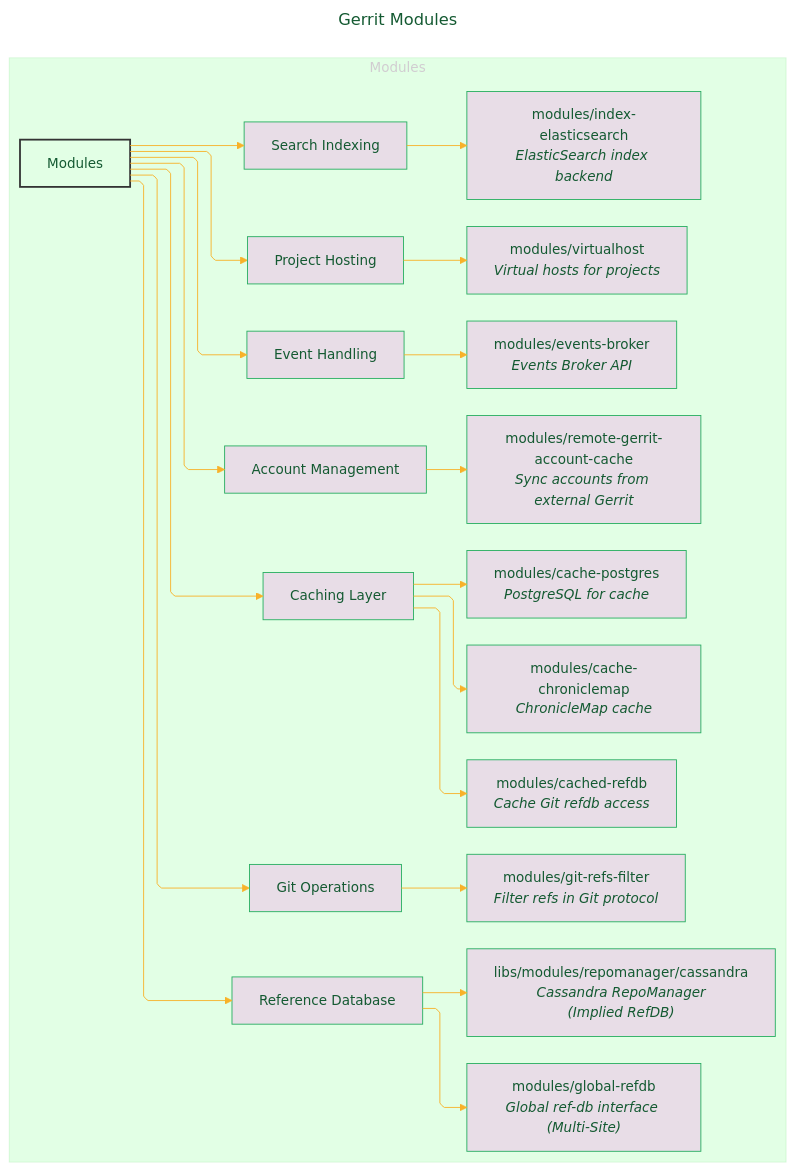
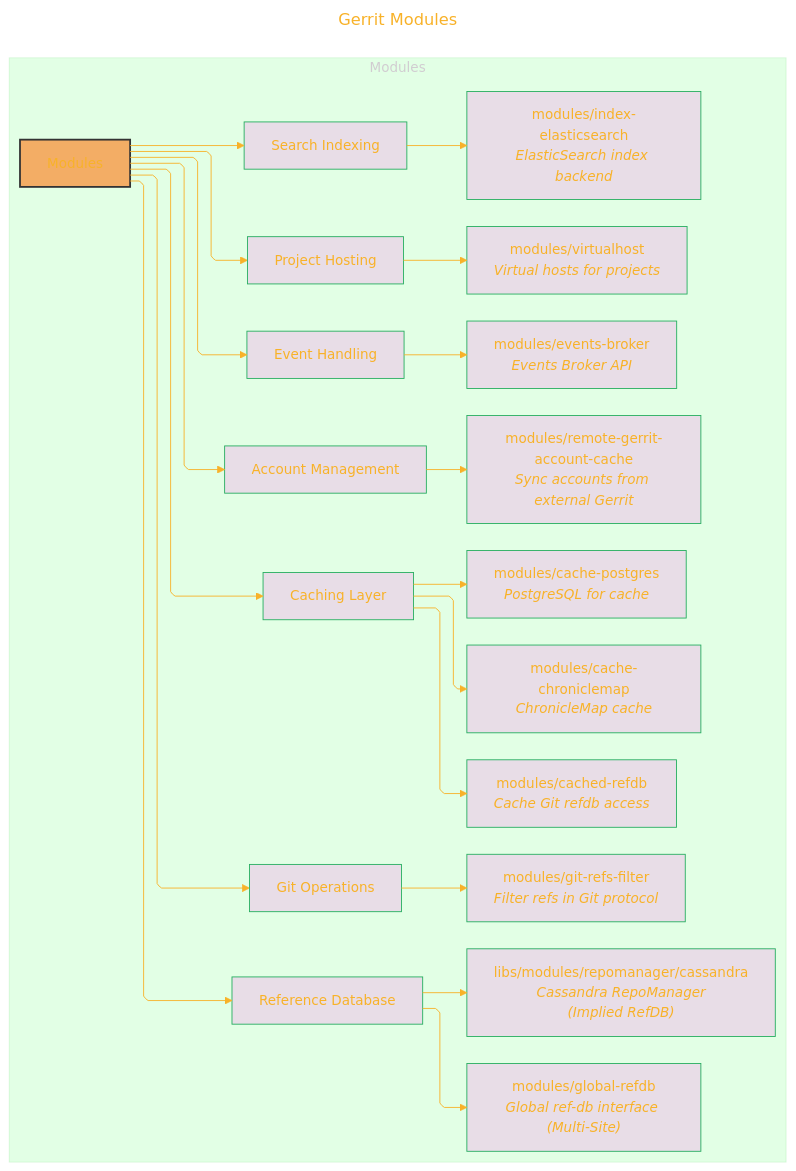
One commit to CongLeSolutionX/Chromium_Project changed the third of 12 diagrams in Gerrit_Ecosystem_on_gerrit_googlesource.md. Above: the diagram before and after it, drawn with Mermaid. The commit also changed other lines of this file, not shown here.

````diff
--- a/Gerrit_Ecosystem_on_gerrit_googlesource.md
+++ b/Gerrit_Ecosystem_on_gerrit_googlesource.md
@@ -221,74 +221,74 @@
 ```mermaid
 ---
 title: "Gerrit Modules"
 author: "Cong Le"
 version: "1.0"
 license(s): "MIT, CC BY 4.0"
 copyright: "Copyright (c) 2025 Cong Le. All Rights Reserved."
 config:
   layout: elk
   theme: base
 ---
 %%%%%%%% Mermaid version v11.4.1-b.14
 %%%%%%%% Available curve styles include the following keywords:
 %% basis, bumpX, bumpY, cardinal, catmullRom, linear, monotoneX, monotoneY, natural, step, stepAfter, stepBefore.
 %%{
   init: {
     'securityLevel': 'loose',
     'flowchart': { 'htmlLabels': true, 'curve': 'linear' },
     'fontFamily': 'Monaco',
     'themeVariables': {
       'primaryColor': '#F5E3',
-      'primaryTextColor': '#145A32',
+      'primaryTextColor': '#F8B229',
       'lineColor': '#F8B229',
       'primaryBorderColor': '#27AE60',
       'secondaryColor': '#EBDEF0',
       'secondaryTextColor': '#6C3483',
       'secondaryBorderColor': '#A569BD',
       'fontSize': '15px'
     }
   }
 }%%
 flowchart TD
     subgraph Modules
     direction LR
         M_Root["Modules"]
+        style M_Root fill:#F719,stroke:#333,stroke-width:2px
 
         Cache["Caching Layer"] --> M_Chronicle["modules/cache-chroniclemap<br/><i>ChronicleMap cache</i>"]
          click M_Chronicle href "https://gerrit.googlesource.com/modules/cache-chroniclemap" "modules/cache-chroniclemap"
         Cache --> M_CachedRefDB["modules/cached-refdb<br/><i>Cache Git refdb access</i>"]
          click M_CachedRefDB href "https://gerrit.googlesource.com/modules/cached-refdb" "modules/cached-refdb"
         Cache --> M_PostgresCache["modules/cache-postgres<br/><i>PostgreSQL for cache</i>"]
          click M_PostgresCache href "https://gerrit.googlesource.com/modules/cache-postgres" "modules/cache-postgres"
 
         Events["Event Handling"] --> M_EventsBroker["modules/events-broker<br/><i>Events Broker API</i>"]
          click M_EventsBroker href "https://gerrit.googlesource.com/modules/events-broker" "modules/events-broker"
 
         Git["Git Operations"] --> M_GitRefsFilter["modules/git-refs-filter<br/><i>Filter refs in Git protocol</i>"]
          click M_GitRefsFilter href "https://gerrit.googlesource.com/modules/git-refs-filter" "modules/git-refs-filter"
 
         RefDB["Reference Database"] --> M_GlobalRefDB["modules/global-refdb<br/><i>Global ref-db interface (Multi-Site)</i>"]
          click M_GlobalRefDB href "https://gerrit.googlesource.com/modules/global-refdb" "modules/global-refdb"
         RefDB --> M_CassandraRepo["libs/modules/repomanager/cassandra<br/><i>Cassandra RepoManager<br/>(Implied RefDB)</i>"]
          click M_CassandraRepo href "https://gerrit.googlesource.com/libs/modules/repomanager/cassandra" "libs/modules/repomanager/cassandra"
 
         Indexing["Search Indexing"] --> M_ElasticIndex["modules/index-elasticsearch<br/><i>ElasticSearch index backend</i>"]
          click M_ElasticIndex href "https://gerrit.googlesource.com/modules/index-elasticsearch" "modules/index-elasticsearch"
 
         Accounts["Account Management"] --> M_RemoteAccCache["modules/remote-gerrit-account-cache<br/><i>Sync accounts from external Gerrit</i>"]
          click M_RemoteAccCache href "https://gerrit.googlesource.com/modules/remote-gerrit-account-cache" "modules/remote-gerrit-account-cache"
 
         Hosting["Project Hosting"] --> M_VirtualHost["modules/virtualhost<br/><i>Virtual hosts for projects</i>"]
          click M_VirtualHost href "https://gerrit.googlesource.com/modules/virtualhost" "modules/virtualhost"
 
         M_Root --> Cache
         M_Root --> Events
         M_Root --> Git
         M_Root --> RefDB
         M_Root --> Indexing
         M_Root --> Accounts
         M_Root --> Hosting
     end
-    style M_Root fill:#FD70,stroke:#333,stroke-width:2px
 
 ```
````
